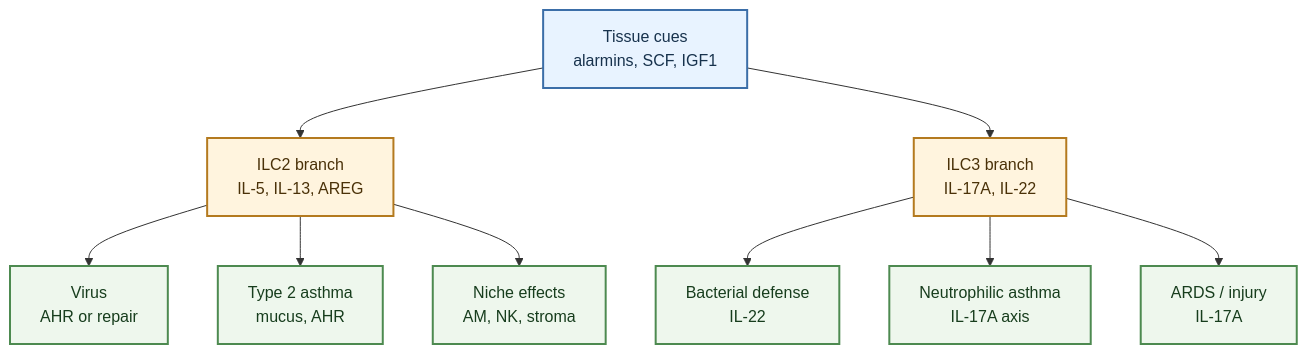
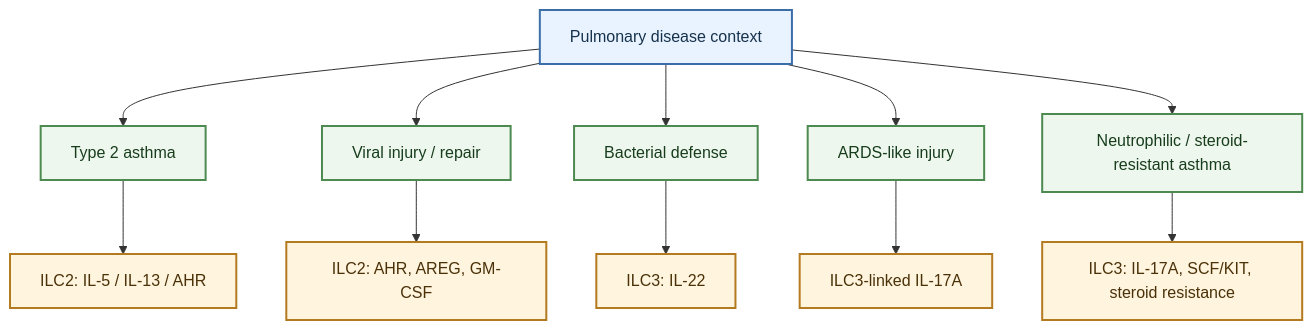
The diagram in wiki/digests/2026-04-20_ILC_pulmonary_disease_roles.md (shao1116/ILC-Wiki), drawn with Mermaid before and after one commit. The commit also changed other lines of this file and 104 other files, not shown here.

````diff
--- a/wiki/digests/2026-04-20_ILC_pulmonary_disease_roles.md
+++ b/wiki/digests/2026-04-20_ILC_pulmonary_disease_roles.md
@@ -33,32 +27,25 @@
 ```mermaid
 flowchart TD
-    accTitle: Pulmonary ILC Disease Roles
-    accDescr: A disease-role map of ILC functions across pulmonary disease contexts.
+    accTitle: Pulmonary ILC Disease Roles Companion
+    accDescr: Disease-first map showing how ILC2 and ILC3 branches map onto allergic asthma, viral injury and repair, bacterial defense, ARDS-like injury, and neutrophilic asthma.
 
-    epithelial["Tissue cues<br/>alarmins, SCF, IGF1"]
-    ilc2["ILC2 branch<br/>IL-5, IL-13, AREG"]
-    ilc3["ILC3 branch<br/>IL-17A, IL-22"]
-    virus["Virus<br/>AHR or repair"]
-    asthma2["Type 2 asthma<br/>mucus, AHR"]
-    asthma3["Neutrophilic asthma<br/>IL-17A axis"]
-    bacteria["Bacterial defense<br/>IL-22"]
-    injury["ARDS / injury<br/>IL-17A"]
-    niche["Niche effects<br/>AM, NK, stroma"]
+    disease["Pulmonary disease context"] --> asthma2["Type 2 asthma"]
+    disease --> virus["Viral injury / repair"]
+    disease --> bacteria["Bacterial defense"]
+    disease --> ards["ARDS-like injury"]
+    disease --> asthma3["Neutrophilic / steroid-resistant asthma"]
 
-    epithelial --> ilc2
-    epithelial --> ilc3
-    ilc2 --> virus
-    ilc2 --> asthma2
-    ilc2 --> niche
-    ilc3 --> bacteria
-    ilc3 --> asthma3
-    ilc3 --> injury
+    asthma2 --> ilc2a["ILC2: IL-5 / IL-13 / AHR"]
+    virus --> ilc2b["ILC2: AHR, AREG, GM-CSF"]
+    bacteria --> ilc3a["ILC3: IL-22"]
+    ards --> ilc3b["ILC3-linked IL-17A"]
+    asthma3 --> ilc3c["ILC3: IL-17A, SCF/KIT, steroid resistance"]
 
-    classDef cue fill:#e8f3ff,stroke:#3b6ea8,stroke-width:2px,color:#17324d
-    classDef cell fill:#fff4de,stroke:#b47a1f,stroke-width:2px,color:#4a3108
-    classDef disease fill:#eef7ed,stroke:#4d8a50,stroke-width:2px,color:#173d1d
+    classDef disease_class fill:#e8f3ff,stroke:#3b6ea8,stroke-width:2px,color:#17324d
+    classDef branch_class fill:#eef7ed,stroke:#4d8a50,stroke-width:2px,color:#173d1d
+    classDef cell_class fill:#fff4de,stroke:#b47a1f,stroke-width:2px,color:#4a3108
 
-    class epithelial cue
-    class ilc2,ilc3 cell
-    class virus,asthma2,asthma3,bacteria,injury,niche disease
+    class disease disease_class
+    class asthma2,virus,bacteria,ards,asthma3 branch_class
+    class ilc2a,ilc2b,ilc3a,ilc3b,ilc3c cell_class
 ```
````
